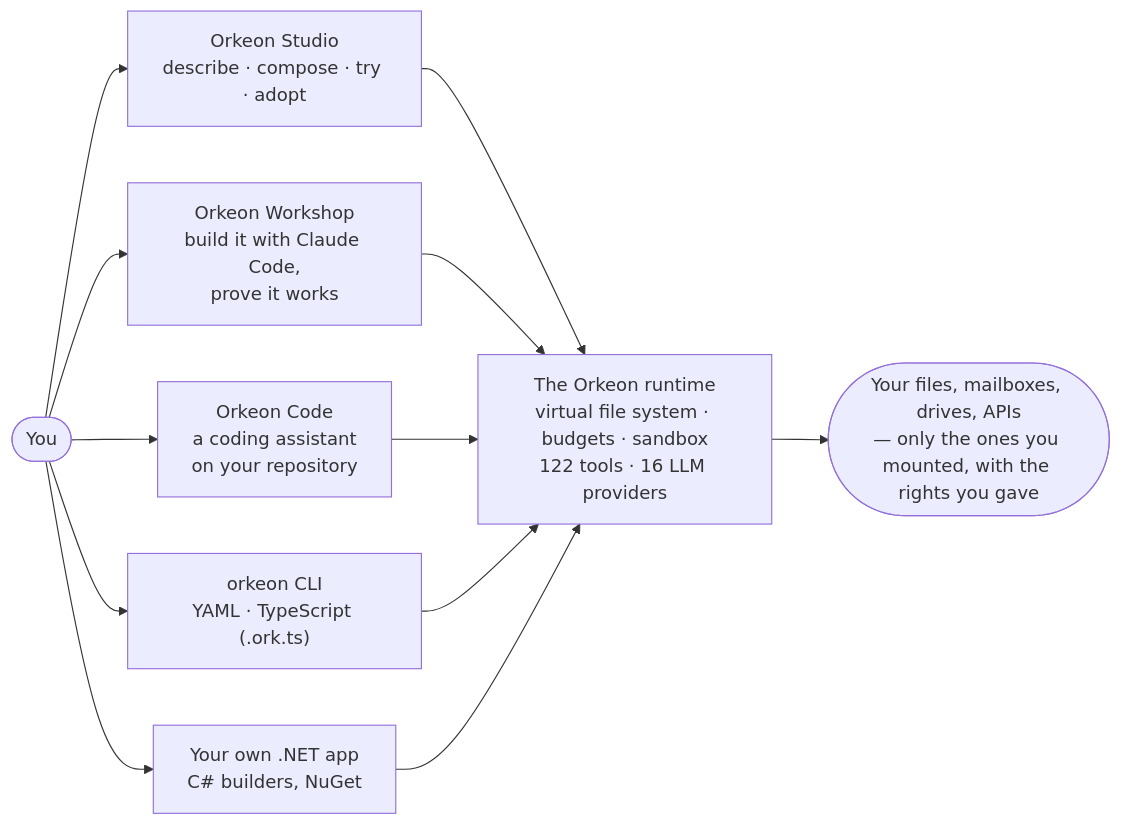
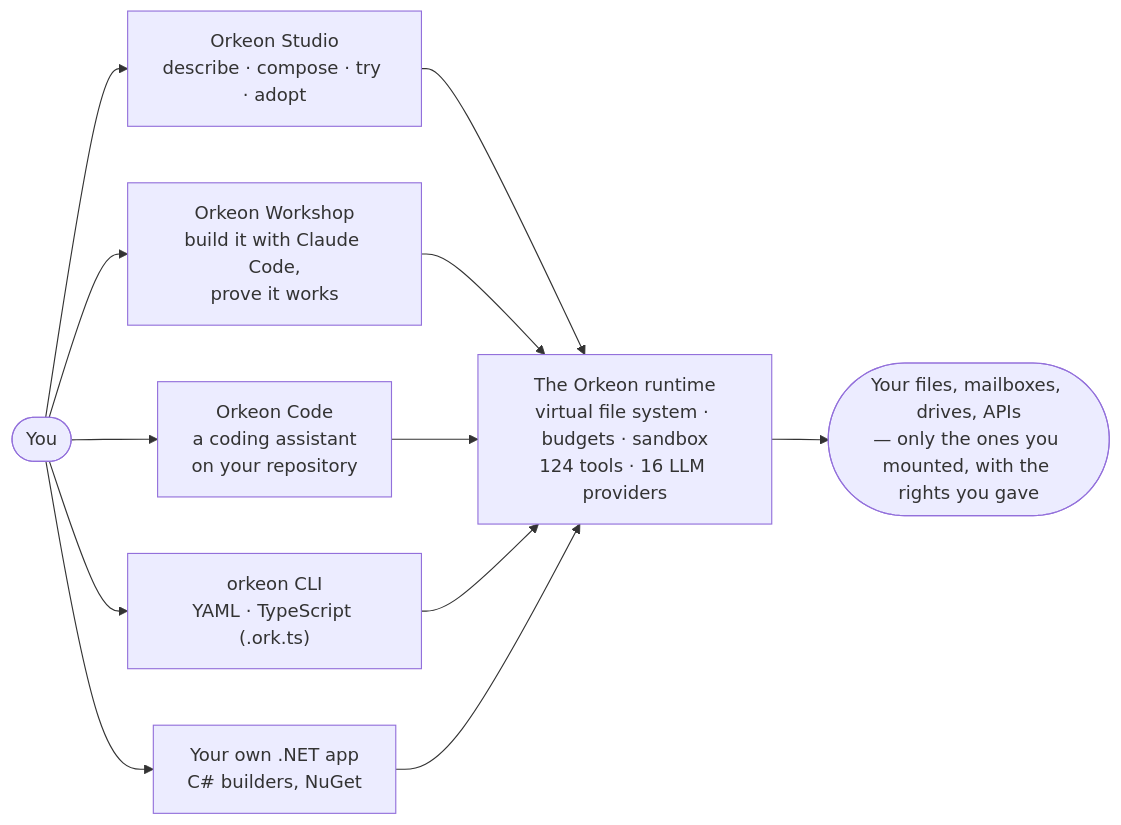
The diagram in README.md (Orkeon/orkeon), drawn with Mermaid before and after one commit. The commit also changed other lines of this file and 832 other files, not shown here.

````diff
--- a/README.md
+++ b/README.md
@@ -30,10 +30,10 @@
 ```mermaid
 flowchart LR
     you(["You"]) --> studio["Orkeon Studio<br/>describe · compose · try · adopt"]
     you --> workshop["Orkeon Workshop<br/>build it with Claude Code,<br/>prove it works"]
     you --> code["Orkeon Code<br/>a coding assistant<br/>on your repository"]
     you --> cli["orkeon CLI<br/>YAML · TypeScript (.ork.ts)"]
     you --> app["Your own .NET app<br/>C# builders, NuGet"]
-    studio & workshop & code & cli & app --> runtime["The Orkeon runtime<br/>virtual file system · budgets · sandbox<br/>122 tools · 16 LLM providers"]
+    studio & workshop & code & cli & app --> runtime["The Orkeon runtime<br/>virtual file system · budgets · sandbox<br/>124 tools · 16 LLM providers"]
     runtime --> world(["Your files, mailboxes, drives, APIs<br/>— only the ones you mounted, with the rights you gave"])
 ```
````
